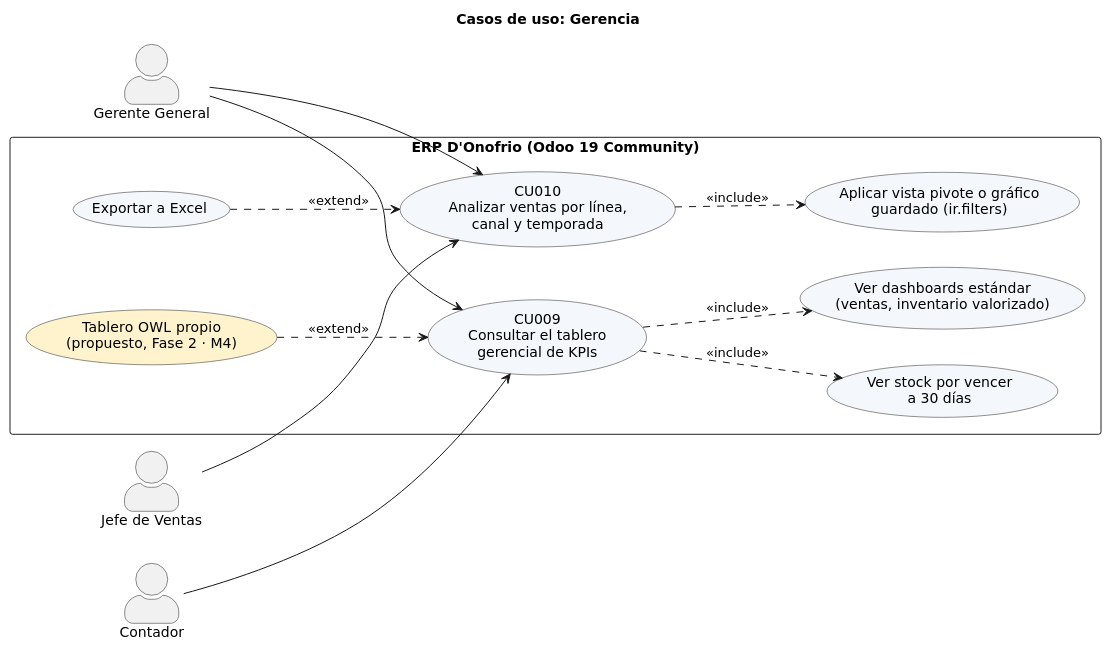
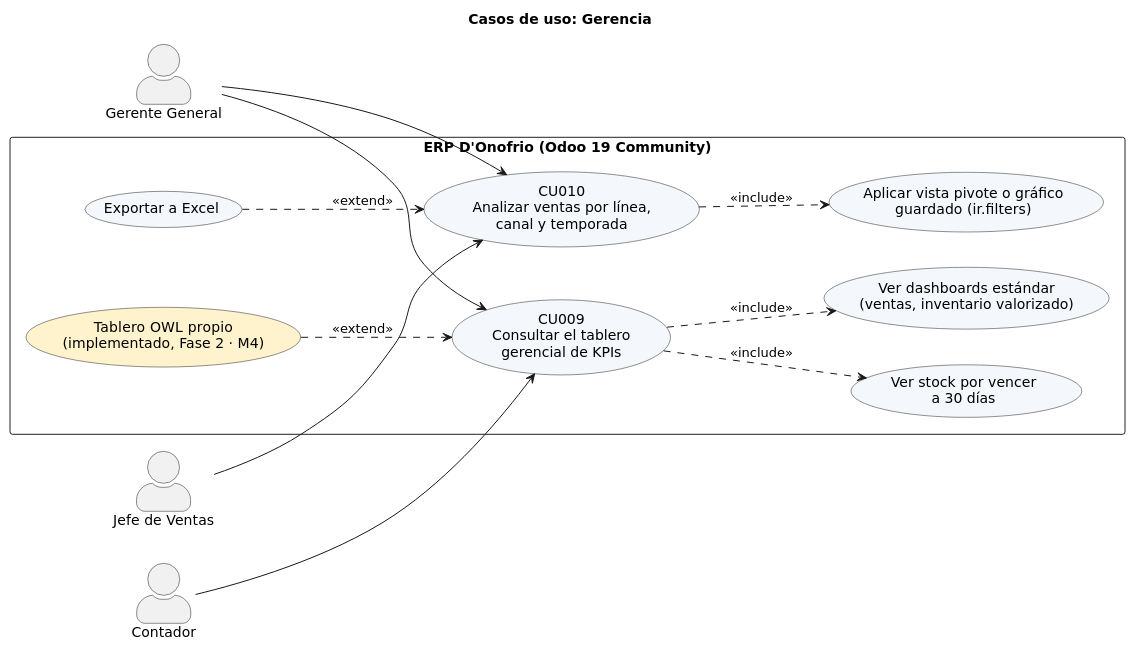
One commit to orlando572/erp-donofrio changed the diagram in docs/diagramas/cu/cu_gerencia.puml. Above: the diagram before and after it, drawn with PlantUML. The commit also changed 106 other files, not shown here.

```diff
--- a/docs/diagramas/cu/cu_gerencia.puml
+++ b/docs/diagramas/cu/cu_gerencia.puml
@@ -1,42 +1,42 @@
 @startuml cu_gerencia
 ' Casos de uso de Gerencia (CU009 y CU010). Fase 1: dashboards estándar y vistas pivote.
-' El tablero OWL propio (F2 · M4) sería una mejora de CU009.
+' El tablero OWL propio (F2 · M4) está implementado como mejora de CU009 (v1.4.0).
 left to right direction
 skinparam shadowing false
 skinparam defaultFontName DejaVu Sans
 skinparam actorStyle awesome
 skinparam usecase {
   BackgroundColor #F4F7FB
   BorderColor #222222
 }
 skinparam rectangle {
   BackgroundColor #FFFFFF
   BorderColor #222222
 }
 title Casos de uso: Gerencia
 
 actor "Gerente General" as GER
 actor "Jefe de Ventas" as JEF
 actor "Contador" as CON
 
 rectangle "ERP D'Onofrio (Odoo 19 Community)" {
   usecase "CU009\nConsultar el tablero\ngerencial de KPIs" as CU009
   usecase "Ver dashboards estándar\n(ventas, inventario valorizado)" as DASH
   usecase "Ver stock por vencer\na 30 días" as VEN
   usecase "CU010\nAnalizar ventas por línea,\ncanal y temporada" as CU010
   usecase "Aplicar vista pivote o gráfico\nguardado (ir.filters)" as PIV
   usecase "Exportar a Excel" as EXP
-  usecase "Tablero OWL propio\n(propuesto, Fase 2 · M4)" as OWL #FFF3CD
+  usecase "Tablero OWL propio\n(implementado, Fase 2 · M4)" as OWL #FFF3CD
 }
 
 GER --> CU009
 GER --> CU010
 JEF --> CU010
 CON --> CU009
 
 CU009 ..> DASH : <<include>>
 CU009 ..> VEN : <<include>>
 CU010 ..> PIV : <<include>>
 EXP ..> CU010 : <<extend>>
 OWL ..> CU009 : <<extend>>
 @enduml
```
